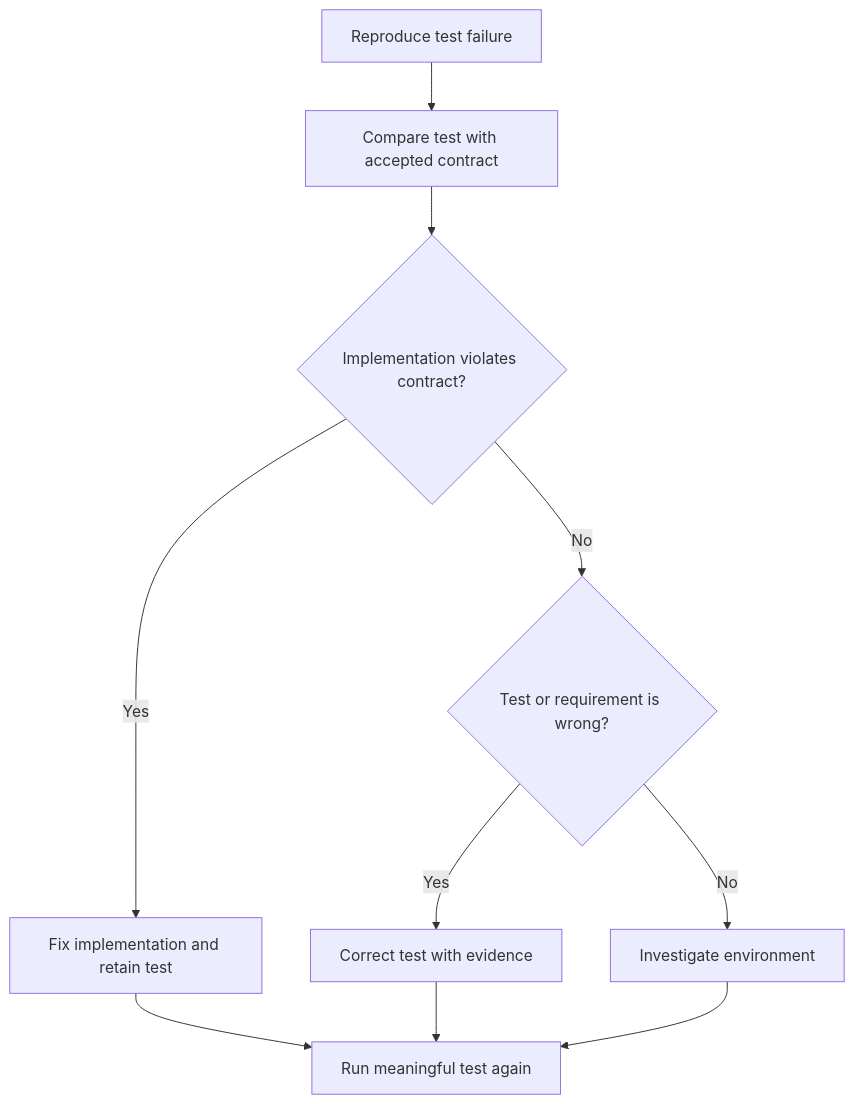
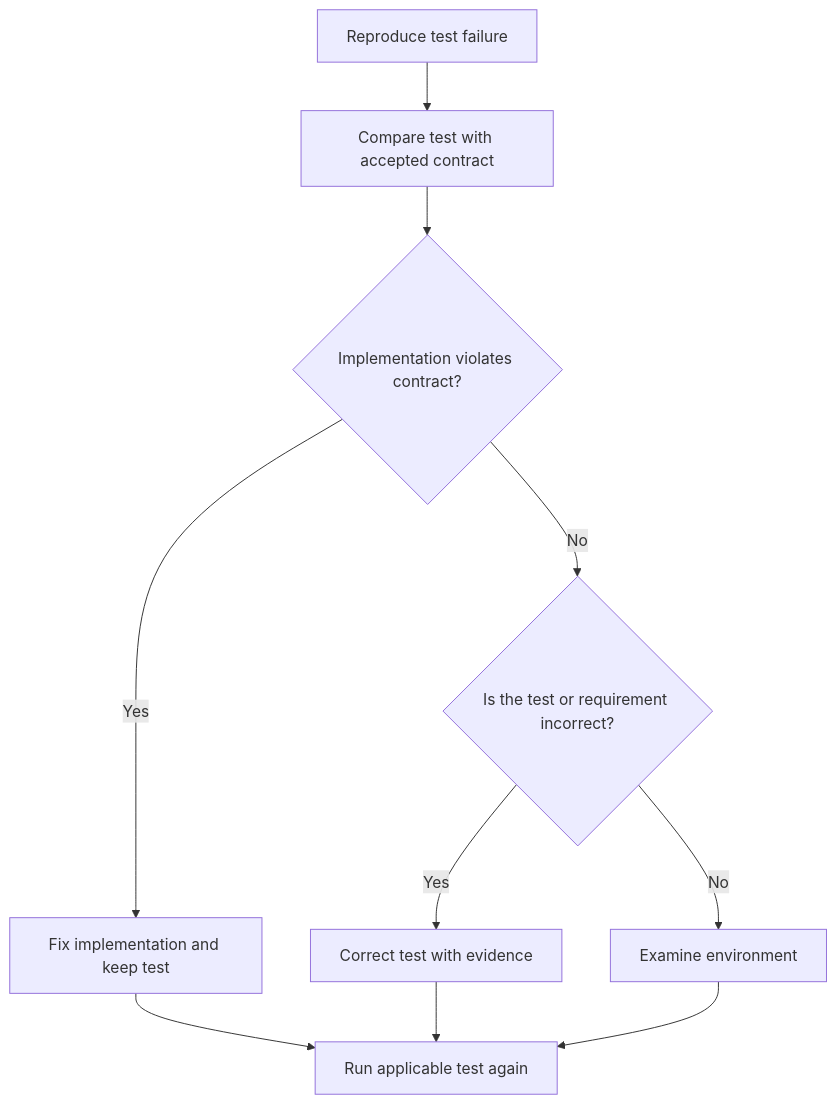
One commit to HomericIntelligence/Athena changed the diagram in docs/principles/details/p067-no-test-cheating.md. Above: the diagram before and after it, drawn with Mermaid. The commit also changed other lines of this file and 91 other files, not shown here.

````diff
--- a/docs/principles/details/p067-no-test-cheating.md
+++ b/docs/principles/details/p067-no-test-cheating.md
@@ -36,12 +40,12 @@
 ```mermaid
 flowchart TD
     A["Reproduce test failure"] --> B["Compare test with accepted contract"]
     B --> C{"Implementation violates contract?"}
-    C -- "Yes" --> D["Fix implementation and retain test"]
-    C -- "No" --> E{"Test or requirement is wrong?"}
+    C -- "Yes" --> D["Fix implementation and keep test"]
+    C -- "No" --> E{"Is the test or requirement incorrect?"}
     E -- "Yes" --> F["Correct test with evidence"]
-    E -- "No" --> G["Investigate environment"]
-    D --> H["Run meaningful test again"]
+    E -- "No" --> G["Examine environment"]
+    D --> H["Run applicable test again"]
     F --> H
     G --> H
 ```
````
